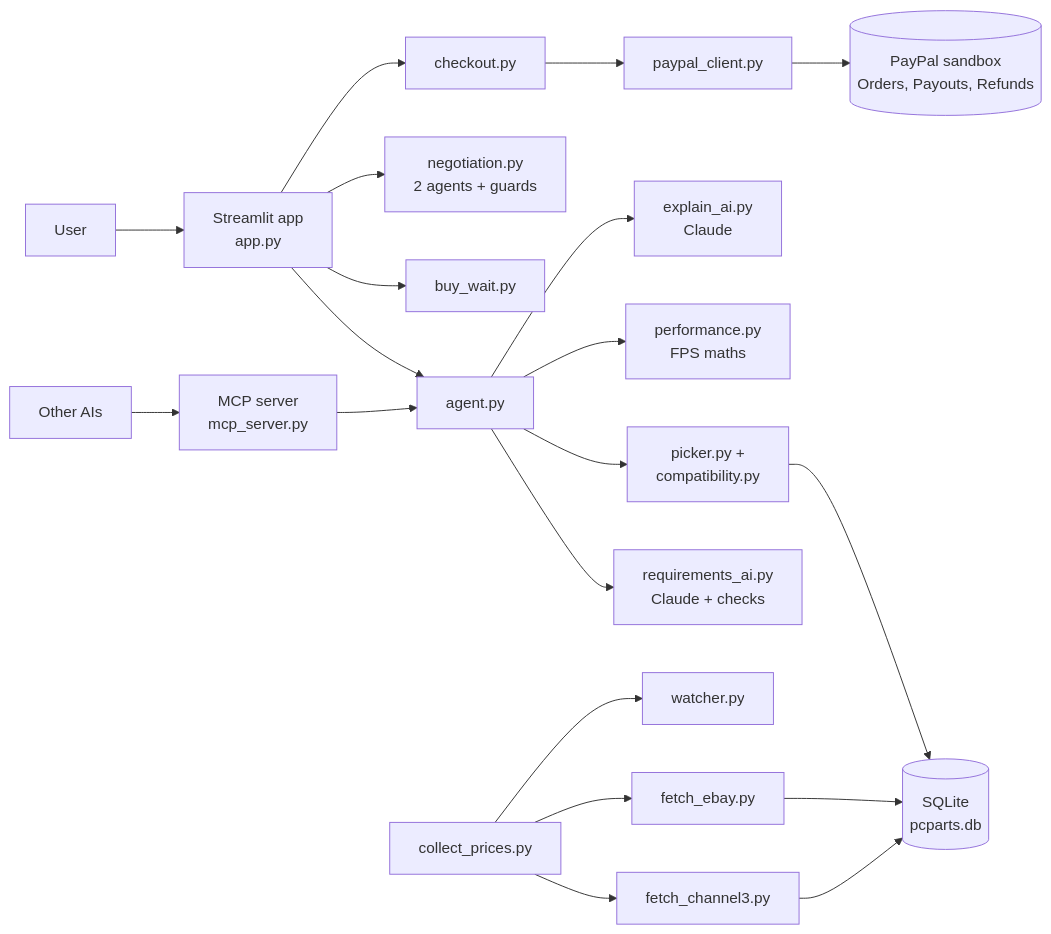
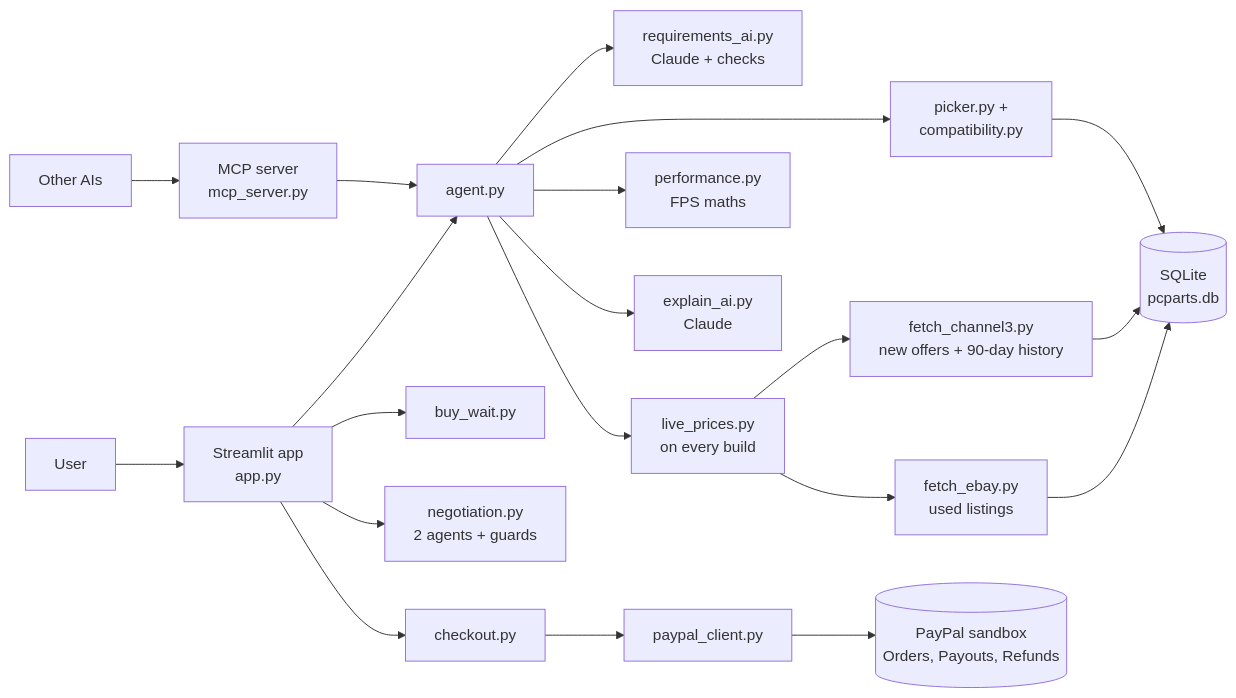
Before and after one commit to asimsajjad047/paypal-ai-hackathon: the diagram in README.md, drawn with Mermaid. The commit also changed other lines of this file and 13 other files, not shown here.

First line of the commit message:
Fetch real listings and price history live on every build

````diff
--- a/README.md
+++ b/README.md
@@ -59,19 +59,19 @@
 ```mermaid
 flowchart LR
     U[User] --> APP[Streamlit app<br/>app.py]
     AI2[Other AIs] --> MCP[MCP server<br/>mcp_server.py]
     APP --> AG[agent.py]
     MCP --> AG
     AG --> REQ[requirements_ai.py<br/>Claude + checks]
     AG --> PICK[picker.py +<br/>compatibility.py]
     AG --> PERF[performance.py<br/>FPS maths]
     AG --> EXP[explain_ai.py<br/>Claude]
     APP --> BW[buy_wait.py]
     APP --> NEG[negotiation.py<br/>2 agents + guards]
     APP --> CO[checkout.py]
     CO --> PP[paypal_client.py] --> PAYPAL[(PayPal sandbox<br/>Orders, Payouts, Refunds)]
     PICK --> DB[(SQLite<br/>pcparts.db)]
-    COL[collect_prices.py] --> C3[fetch_channel3.py] --> DB
-    COL --> EB[fetch_ebay.py] --> DB
-    COL --> W[watcher.py]
+    AG --> LIVE[live_prices.py<br/>on every build]
+    LIVE --> C3[fetch_channel3.py<br/>new offers + 90-day history] --> DB
+    LIVE --> EB[fetch_ebay.py<br/>used listings] --> DB
 ```
````
